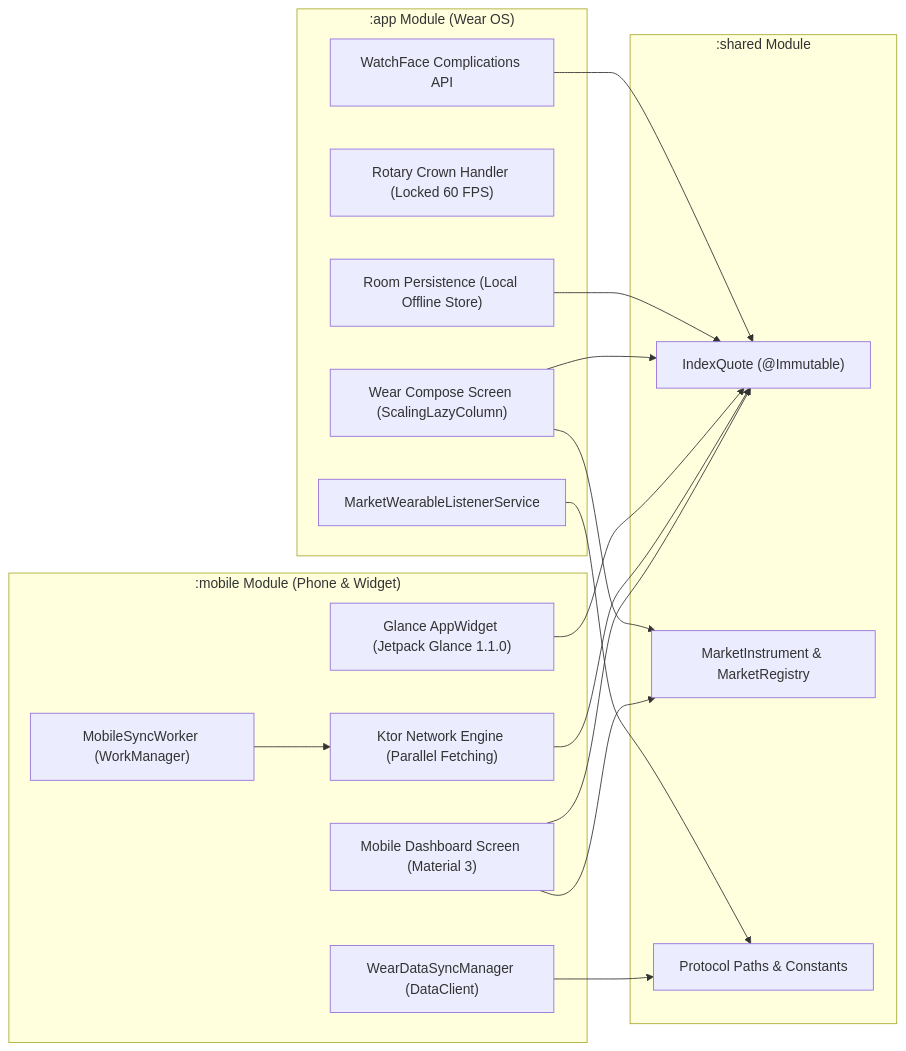
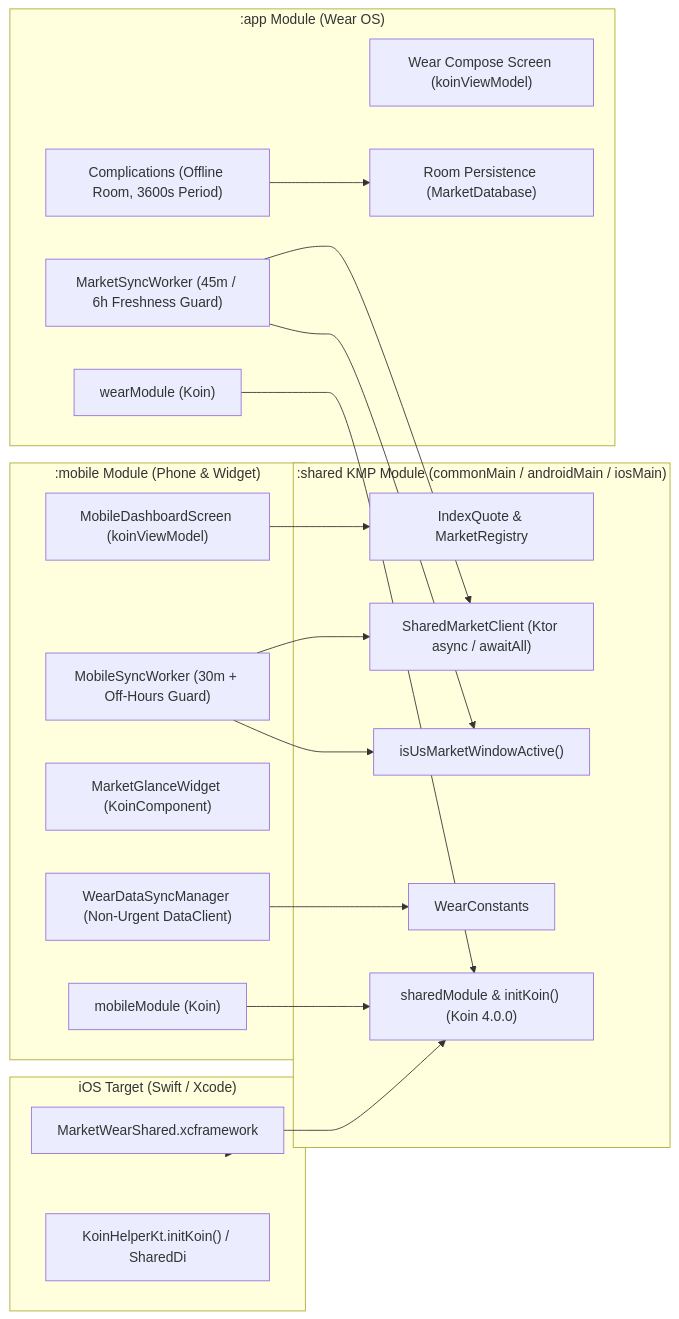
One commit to mohitb117/MarketWearWatch changed the second of 4 diagrams in README.md. Above: the diagram before and after it, drawn with Mermaid. The commit also changed other lines of this file and 4 other files, not shown here.

Commit message:
docs(readme,showcase): document KMP + Koin DI, battery optimizations, and interactive system diagrams

````diff
--- a/README.md
+++ b/README.md
@@ -76,37 +80,43 @@
 ```mermaid
 flowchart LR
-    subgraph SharedModule [":shared Module"]
-        DomainModels["IndexQuote (@Immutable)"]
-        Registry["MarketInstrument & MarketRegistry"]
-        SyncProtocol["Protocol Paths & Constants"]
+    subgraph SharedModule [":shared KMP Module (commonMain / androidMain / iosMain)"]
+        DomainModels["IndexQuote & MarketRegistry"]
+        SharedClient["SharedMarketClient (Ktor async / awaitAll)"]
+        MarketWindow["isUsMarketWindowActive()"]
+        SyncProtocol["WearConstants"]
+        SharedDI["sharedModule & initKoin() (Koin 4.0.0)"]
     end
 
     subgraph MobileModule [":mobile Module (Phone & Widget)"]
-        MobileUI["Mobile Dashboard Screen (Material 3)"]
-        KtorEngine["Ktor Network Engine (Parallel Fetching)"]
-        GlanceApp["Glance AppWidget (Jetpack Glance 1.1.0)"]
-        SyncWorker["MobileSyncWorker (WorkManager)"]
-        DataClientPhone["WearDataSyncManager (DataClient)"]
+        MobileDI["mobileModule (Koin)"]
+        MobileUI["MobileDashboardScreen (koinViewModel)"]
+        GlanceApp["MarketGlanceWidget (KoinComponent)"]
+        SyncWorker["MobileSyncWorker (30m + Off-Hours Guard)"]
+        DataClientPhone["WearDataSyncManager (Non-Urgent DataClient)"]
     end
 
     subgraph AppModule [":app Module (Wear OS)"]
-        WearUI["Wear Compose Screen (ScalingLazyColumn)"]
-        RotaryHandler["Rotary Crown Handler (Locked 60 FPS)"]
-        RoomLocal["Room Persistence (Local Offline Store)"]
-        Complications["WatchFace Complications API"]
-        WearListener["MarketWearableListenerService"]
+        WearDI["wearModule (Koin)"]
+        WearUI["Wear Compose Screen (koinViewModel)"]
+        RoomLocal["Room Persistence (MarketDatabase)"]
+        Complications["Complications (Offline Room, 3600s Period)"]
+        WearWorker["MarketSyncWorker (45m / 6h Freshness Guard)"]
     end
 
+    subgraph IosTarget ["iOS Target (Swift / Xcode)"]
+        IosFramework["MarketWearShared.xcframework"]
+        IosCall["KoinHelperKt.initKoin() / SharedDi"]
+    end
+
+    MobileDI --> SharedDI
+    WearDI --> SharedDI
+    IosTarget --> IosFramework
+    IosFramework --> SharedDI
     MobileUI --> DomainModels
-    MobileUI --> Registry
-    KtorEngine --> DomainModels
-    GlanceApp --> DomainModels
+    SyncWorker --> SharedClient
+    SyncWorker --> MarketWindow
     DataClientPhone --> SyncProtocol
-    SyncWorker --> KtorEngine
-
-    WearUI --> DomainModels
-    WearUI --> Registry
-    RoomLocal --> DomainModels
-    Complications --> DomainModels
-    WearListener --> SyncProtocol
+    WearWorker --> SharedClient
+    WearWorker --> MarketWindow
+    Complications --> RoomLocal
 ```
````
